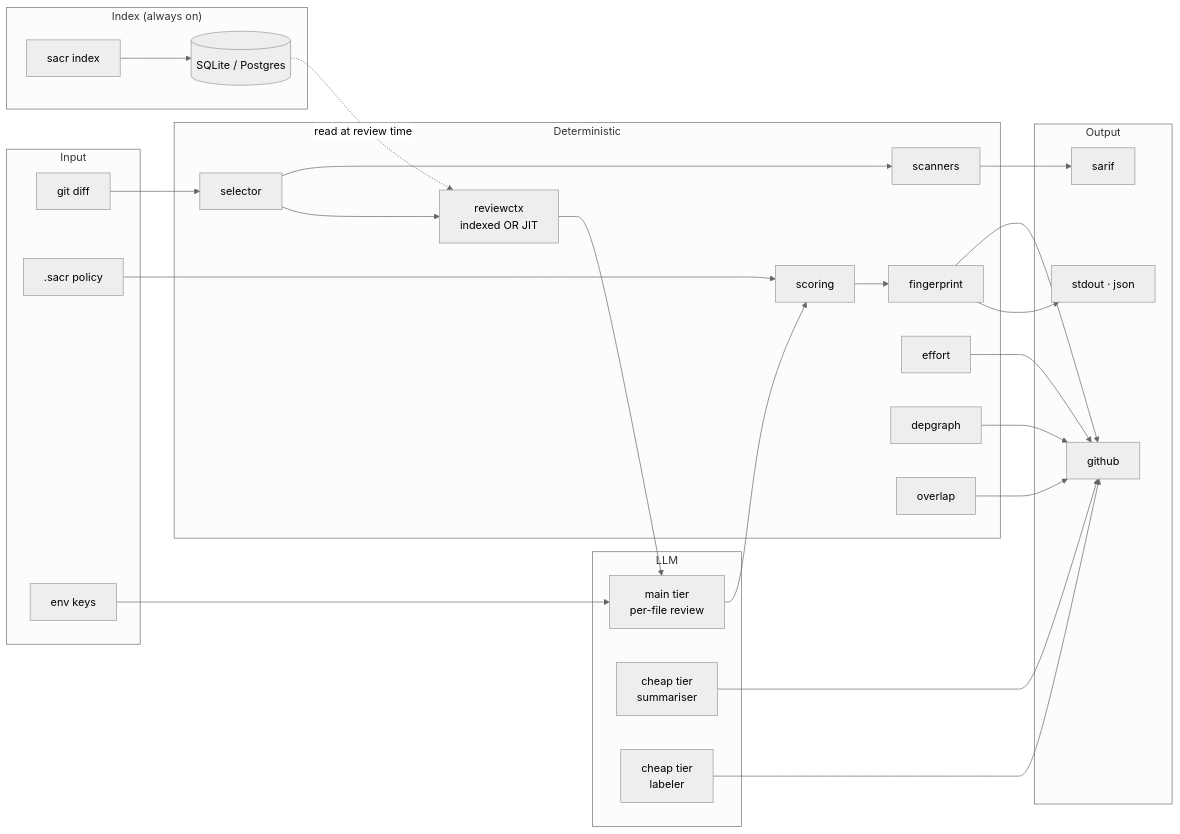
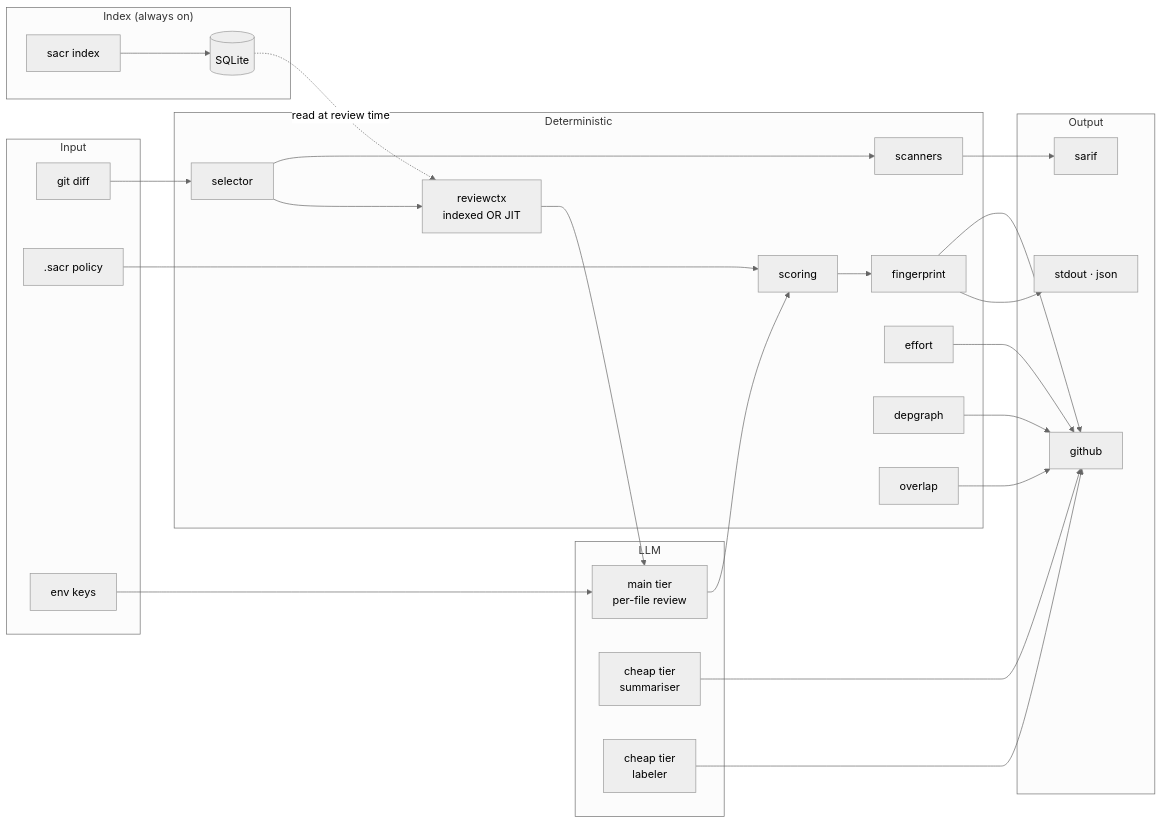
Before and after one commit to shubam-disseqt/shubam-ai-code-reviewer: the first of 2 diagrams in README.md, drawn with Mermaid (neutral theme). The commit also changed 18 other files, not shown here.

````diff
--- a/README.md
+++ b/README.md
@@ -81,49 +81,49 @@
 ```mermaid
 flowchart LR
   subgraph Offline["Index (always on)"]
-    IX0["sacr index"] --> IX1[(SQLite / Postgres)]
+    IX0["sacr index"] --> IX1[(SQLite)]
   end
 
   subgraph Input
     A1[git diff]
     A2[.sacr policy]
     A3[env keys]
   end
 
   subgraph Deterministic
     B1[selector]
     B2[scanners]
     B3[scoring]
     B4[fingerprint]
     B5[effort]
     B6[depgraph]
     B7[overlap]
     CTX["reviewctx<br/>indexed OR JIT"]
   end
 
   subgraph LLM
     C1[main tier<br/>per-file review]
     C2[cheap tier<br/>summariser]
     C3[cheap tier<br/>labeler]
   end
 
   subgraph Output
     D1[stdout · json]
     D3[github]
     D4[sarif]
   end
 
   A1 --> B1 --> CTX --> C1
   IX1 -. read at review time .-> CTX
   A2 --> B3
   A3 --> C1
   B1 --> B2
   C1 --> B3 --> B4 --> D1
   B4 --> D3
   B2 --> D4
   B5 --> D3
   B6 --> D3
   B7 --> D3
   C2 --> D3
   C3 --> D3
 ```
````
